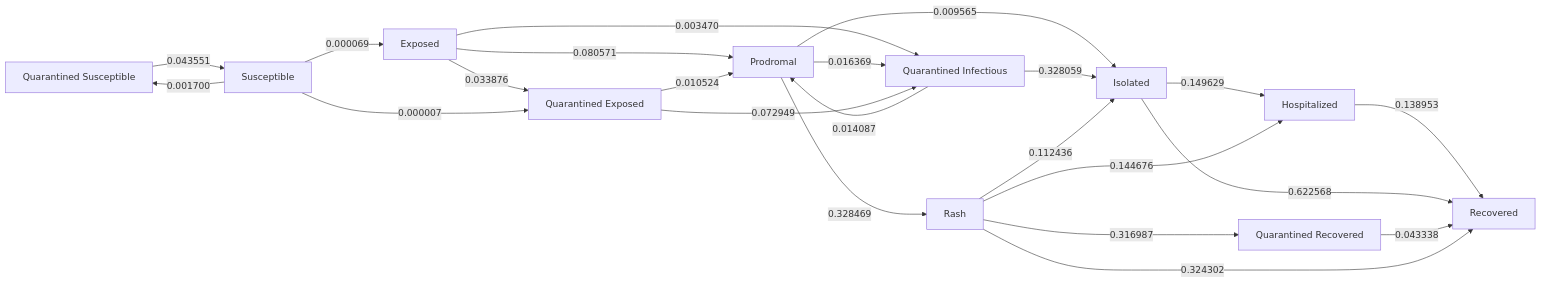
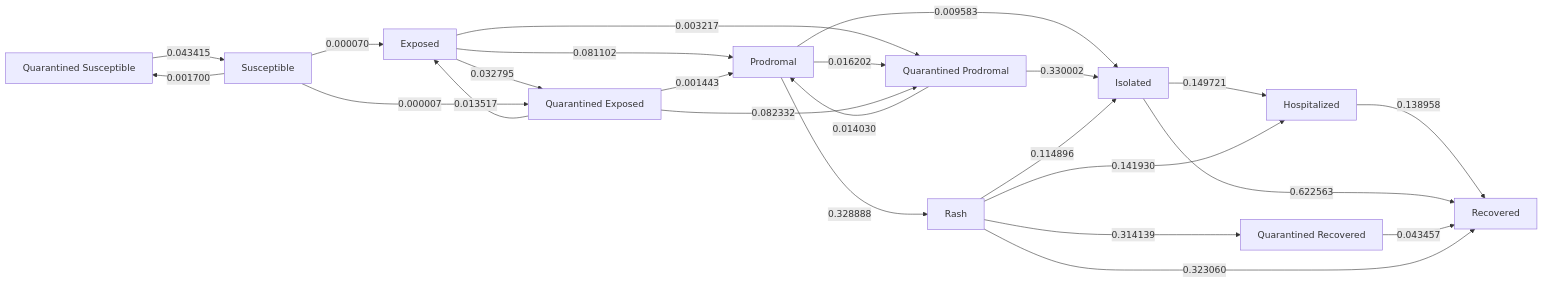
Before and after one commit to EpiForeSITE/epiworld-measles: the diagram in school_quarantine/new_bridge_88_npi.md, drawn with Mermaid. The commit also changed other lines of this file and 20 other files, not shown here.

````diff
--- a/school_quarantine/new_bridge_88_npi.md
+++ b/school_quarantine/new_bridge_88_npi.md
@@ -135,37 +135,38 @@
 ``` mermaid
 flowchart LR
     s0[Exposed]
     s1[Hospitalized]
     s2[Isolated]
     s3[Prodromal]
     s4[Quarantined Exposed]
-    s5[Quarantined Infectious]
+    s5[Quarantined Prodromal]
     s6[Quarantined Recovered]
     s7[Quarantined Susceptible]
     s8[Rash]
     s9[Recovered]
     s10[Susceptible]
-    s0 -->|0.080571| s3
-    s0 -->|0.033876| s4
-    s0 -->|0.003470| s5
-    s1 -->|0.138953| s9
-    s2 -->|0.149629| s1
-    s2 -->|0.622568| s9
-    s3 -->|0.009565| s2
-    s3 -->|0.016369| s5
-    s3 -->|0.328469| s8
-    s4 -->|0.010524| s3
-    s4 -->|0.072949| s5
-    s5 -->|0.328059| s2
-    s5 -->|0.014087| s3
-    s6 -->|0.043338| s9
-    s7 -->|0.043551| s10
-    s8 -->|0.144676| s1
-    s8 -->|0.112436| s2
-    s8 -->|0.316987| s6
-    s8 -->|0.324302| s9
-    s10 -->|0.000069| s0
+    s0 -->|0.081102| s3
+    s0 -->|0.032795| s4
+    s0 -->|0.003217| s5
+    s1 -->|0.138958| s9
+    s2 -->|0.149721| s1
+    s2 -->|0.622563| s9
+    s3 -->|0.009583| s2
+    s3 -->|0.016202| s5
+    s3 -->|0.328888| s8
+    s4 -->|0.013517| s0
+    s4 -->|0.001443| s3
+    s4 -->|0.082332| s5
+    s5 -->|0.330002| s2
+    s5 -->|0.014030| s3
+    s6 -->|0.043457| s9
+    s7 -->|0.043415| s10
+    s8 -->|0.141930| s1
+    s8 -->|0.114896| s2
+    s8 -->|0.314139| s6
+    s8 -->|0.323060| s9
+    s10 -->|0.000070| s0
     s10 -->|0.000007| s4
     s10 -->|0.001700| s7
 
 ```
````
